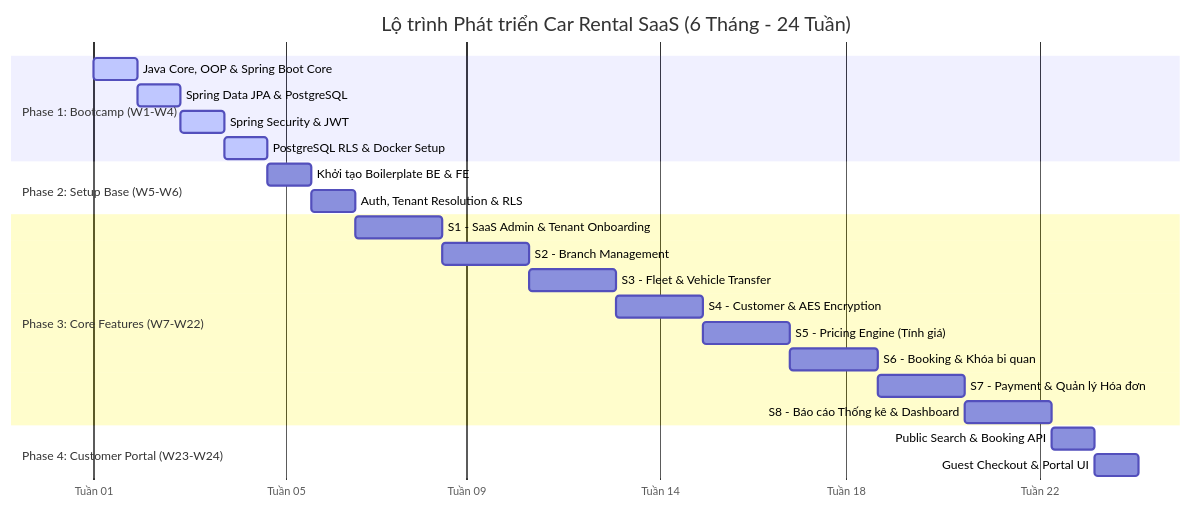
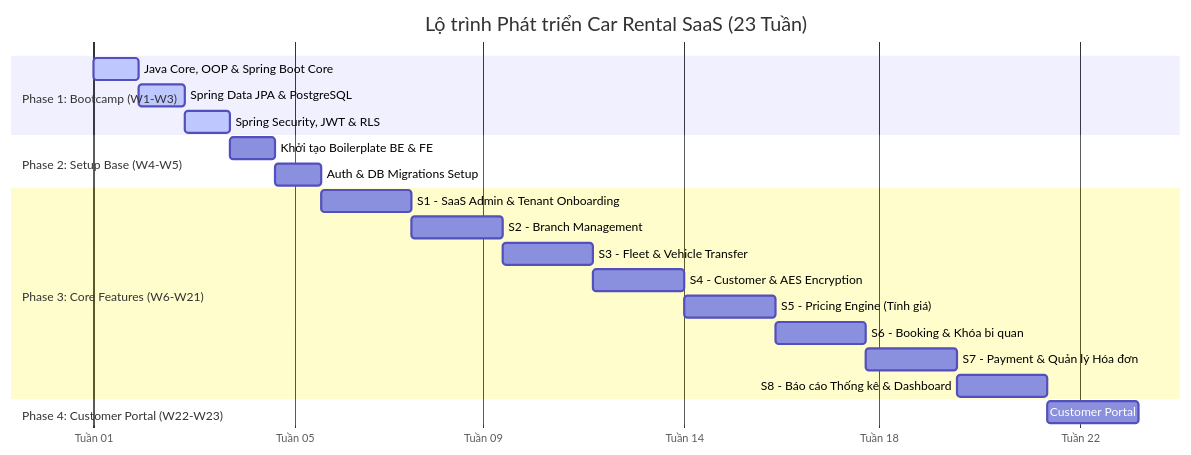
The second of 2 diagrams in docs/Mindmap.md (dinhtuan99/car-rental-backend), drawn with Mermaid before and after one commit. The commit also changed other lines of this file and 3 other files, not shown here.

First line of the commit message:
docs(roadmap): update bootcamp deliverables and milestone criteria

````diff
--- a/docs/Mindmap.md
+++ b/docs/Mindmap.md
@@ -54,31 +52,29 @@
 ```mermaid
 gantt
-    title Lộ trình Phát triển Car Rental SaaS (6 Tháng - 24 Tuần)
+    title Lộ trình Phát triển Car Rental SaaS (23 Tuần)
     dateFormat  YYYY-MM-DD
     axisFormat  Tuần %V
     todayMarker off
     
-    section Phase 1: Bootcamp (W1-W4)
+    section Phase 1: Bootcamp (W1-W3)
     Java Core, OOP & Spring Boot Core   : active, p1_1, 2024-01-01, 1w
     Spring Data JPA & PostgreSQL        : active, p1_2, after p1_1, 1w
-    Spring Security & JWT               : active, p1_3, after p1_2, 1w
-    PostgreSQL RLS & Docker Setup       : active, p1_4, after p1_3, 1w
+    Spring Security, JWT & RLS          : active, p1_3, after p1_2, 1w
     
-    section Phase 2: Setup Base (W5-W6)
-    Khởi tạo Boilerplate BE & FE        : p2_1, after p1_4, 1w
-    Auth, Tenant Resolution & RLS       : p2_2, after p2_1, 1w
+    section Phase 2: Setup Base (W4-W5)
+    Khởi tạo Boilerplate BE & FE        : p2_1, after p1_3, 1w
+    Auth & DB Migrations Setup          : p2_2, after p2_1, 1w
     
-    section Phase 3: Core Features (W7-W22)
+    section Phase 3: Core Features (W6-W21)
     S1 - SaaS Admin & Tenant Onboarding : p3_1, after p2_2, 2w
     S2 - Branch Management              : p3_2, after p3_1, 2w
     S3 - Fleet & Vehicle Transfer       : p3_3, after p3_2, 2w
     S4 - Customer & AES Encryption      : p3_4, after p3_3, 2w
     S5 - Pricing Engine (Tính giá)      : p3_5, after p3_4, 2w
     S6 - Booking & Khóa bi quan         : p3_6, after p3_5, 2w
     S7 - Payment & Quản lý Hóa đơn      : p3_7, after p3_6, 2w
     S8 - Báo cáo Thống kê & Dashboard   : p3_8, after p3_7, 2w
     
-    section Phase 4: Customer Portal (W23-W24)
-    Public Search & Booking API         : p4_1, after p3_8, 1w
-    Guest Checkout & Portal UI          : p4_2, after p4_1, 1w
+    section Phase 4: Customer Portal (W22-W23)
+    Customer Portal                     : p4_1, after p3_8, 2w
 ```
````
